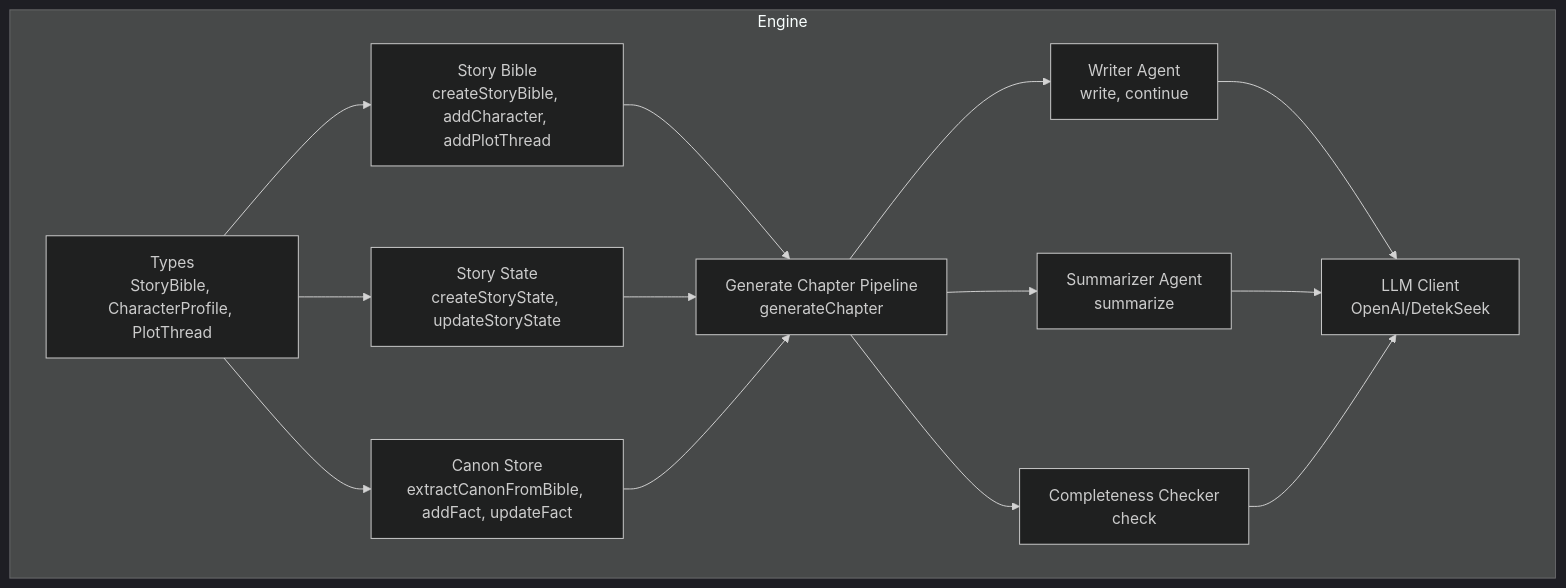
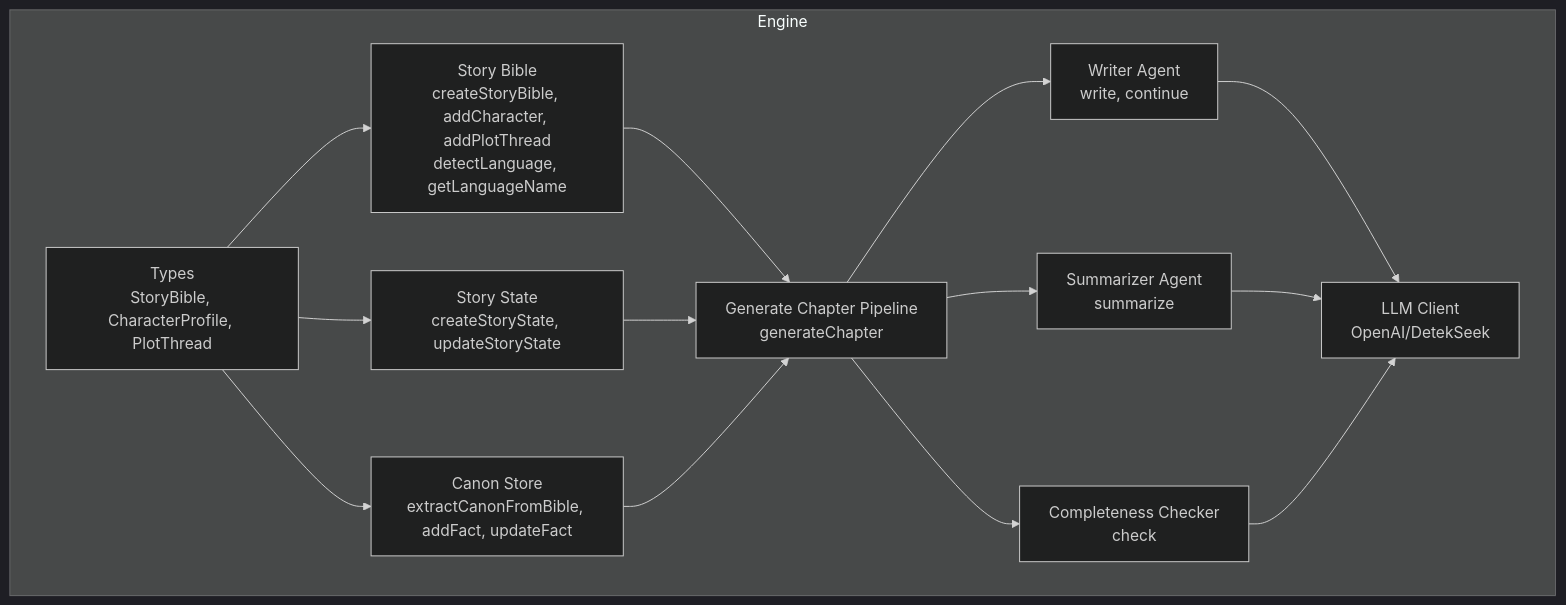
One commit to liwonder/NARRITIVE_OS changed the first of 13 diagrams in .qoder/repowiki/en/content/Story Management System/Story Bible Management.md. Above: the diagram before and after it, drawn with Mermaid (dark theme). The commit also changed other lines of this file and 10 other files, not shown here.

````diff
--- a/.qoder/repowiki/en/content/Story Management System/Story Bible Management.md
+++ b/.qoder/repowiki/en/content/Story Management System/Story Bible Management.md
@@ -36,26 +45,26 @@
 ```mermaid
 graph TB
 subgraph "Engine"
 Types["Types<br/>StoryBible, CharacterProfile, PlotThread"]
-StoryBible["Story Bible<br/>createStoryBible, addCharacter, addPlotThread"]
+StoryBible["Story Bible<br/>createStoryBible, addCharacter, addPlotThread<br/>detectLanguage, getLanguageName"]
 StoryState["Story State<br/>createStoryState, updateStoryState"]
 Canon["Canon Store<br/>extractCanonFromBible, addFact, updateFact"]
 Writer["Writer Agent<br/>write, continue"]
 Summarizer["Summarizer Agent<br/>summarize"]
 Completeness["Completeness Checker<br/>check"]
 LLM["LLM Client<br/>OpenAI/DetekSeek"]
 Gen["Generate Chapter Pipeline<br/>generateChapter"]
 end
 Types --> StoryBible
 Types --> StoryState
 Types --> Canon
 StoryBible --> Gen
 StoryState --> Gen
 Canon --> Gen
 Gen --> Writer
 Gen --> Summarizer
 Gen --> Completeness
 Writer --> LLM
 Summarizer --> LLM
 Completeness --> LLM
 ```
````
